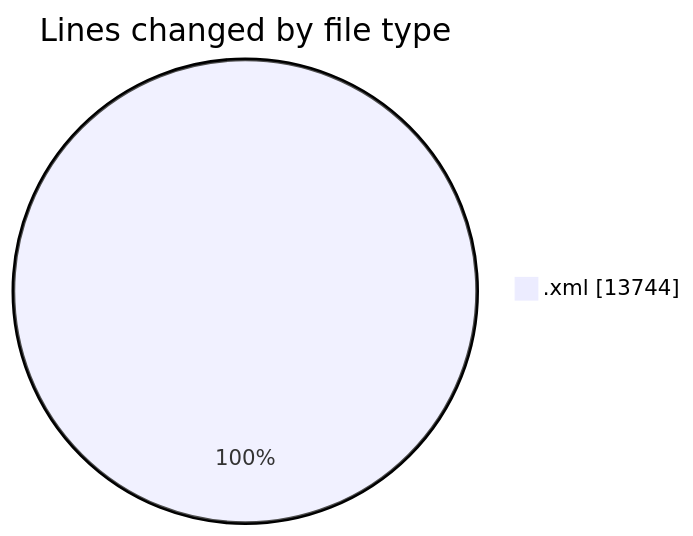
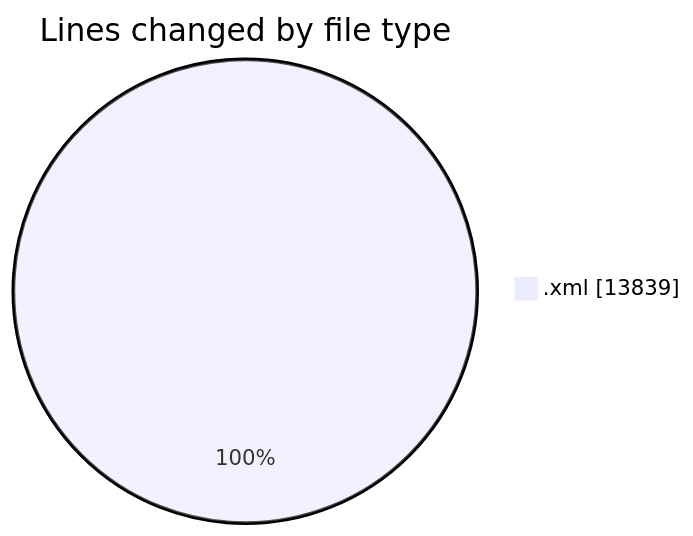
Before and after one commit to shibass792/code-tracking: the first of 2 diagrams in 2026-07-16/cubase_15_64/README.md, drawn with Mermaid. The commit also changed other lines of this file and 1 other file, not shown here.

````diff
--- a/2026-07-16/cubase_15_64/README.md
+++ b/2026-07-16/cubase_15_64/README.md
@@ -20,5 +20,5 @@
 ```mermaid
 pie showData
 title Lines changed by file type
-".xml" : 13744
+".xml" : 13839
 ```
````
